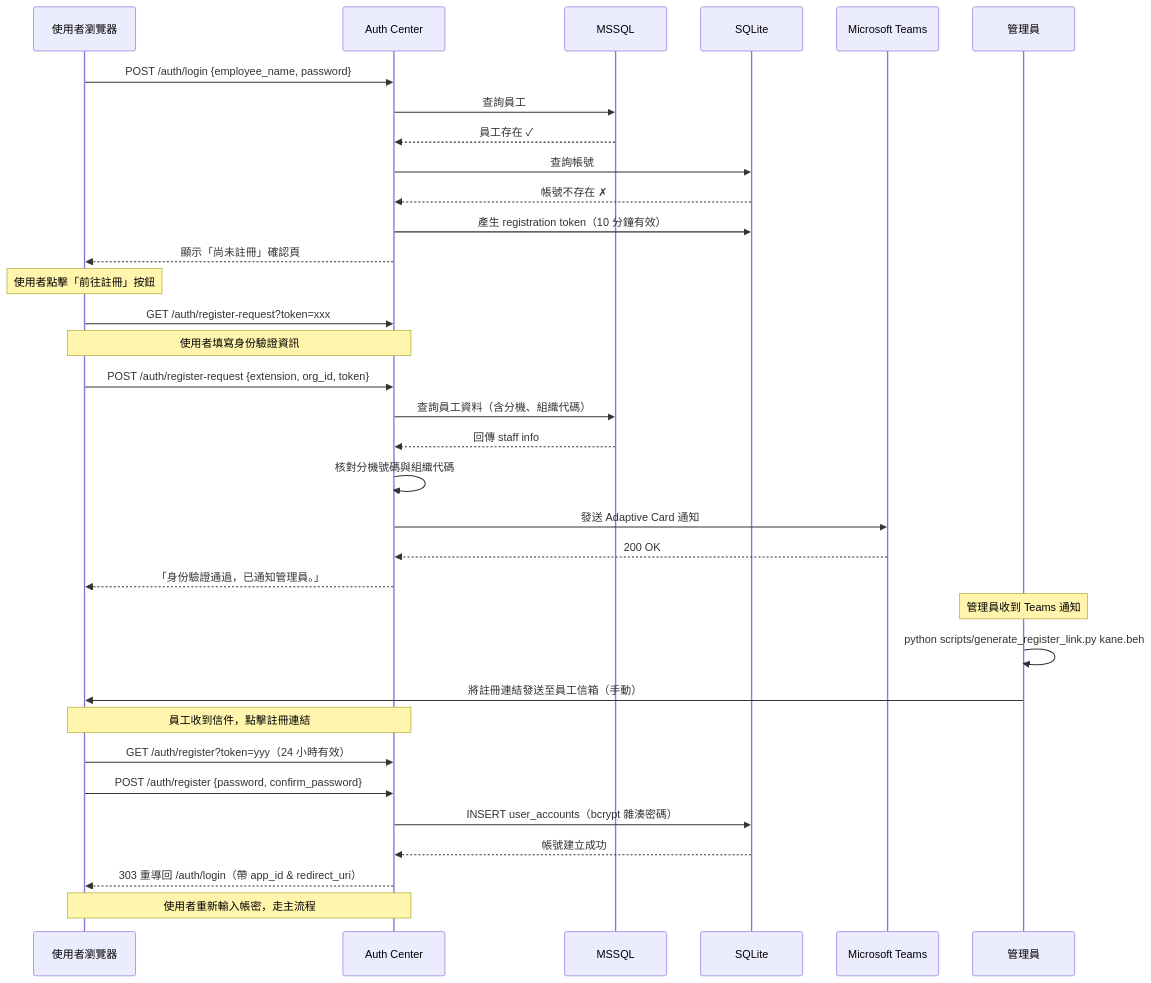
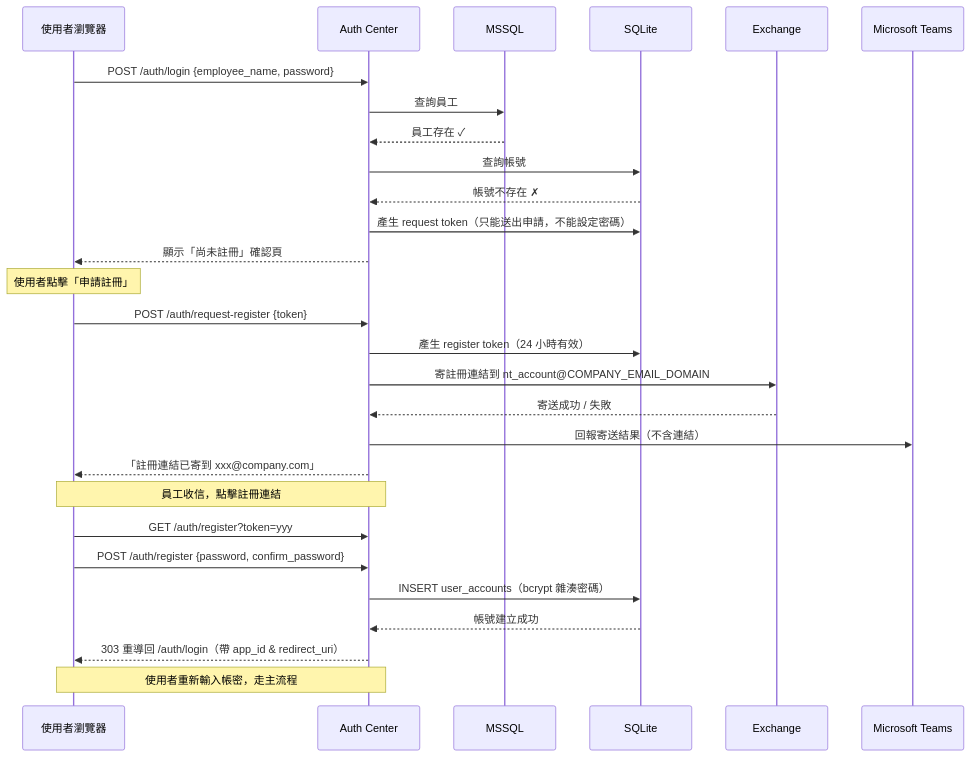
Before and after one commit to bwinken/authcenter: the second of 12 diagrams in README.md, drawn with Mermaid. The commit also changed other lines of this file and 24 other files, not shown here.

````diff
--- a/README.md
+++ b/README.md
@@ -711,43 +678,35 @@
 ```mermaid
 sequenceDiagram
     participant U as 使用者瀏覽器
     participant C as Auth Center
     participant M as MSSQL
     participant S as SQLite
+    participant E as Exchange
     participant T as Microsoft Teams
-    participant A as 管理員
 
     U->>C: POST /auth/login {employee_name, password}
     C->>M: 查詢員工
     M-->>C: 員工存在 ✓
     C->>S: 查詢帳號
     S-->>C: 帳號不存在 ✗
 
-    C->>S: 產生 registration token（10 分鐘有效）
+    C->>S: 產生 request token（只能送出申請，不能設定密碼）
     C-->>U: 顯示「尚未註冊」確認頁
 
-    Note over U: 使用者點擊「前往註冊」按鈕
-    U->>C: GET /auth/register-request?token=xxx
+    Note over U: 使用者點擊「申請註冊」
+    U->>C: POST /auth/request-register {token}
+    C->>S: 產生 register token（24 小時有效）
+    C->>E: 寄註冊連結到 nt_account@COMPANY_EMAIL_DOMAIN
+    E-->>C: 寄送成功 / 失敗
+    C->>T: 回報寄送結果（不含連結）
+    C-->>U: 「註冊連結已寄到 xxx@company.com」
 
-    Note over U,C: 使用者填寫身份驗證資訊
-    U->>C: POST /auth/register-request {extension, org_id, token}
-    C->>M: 查詢員工資料（含分機、組織代碼）
-    M-->>C: 回傳 staff info
-    C->>C: 核對分機號碼與組織代碼
-    C->>T: 發送 Adaptive Card 通知
-    T-->>C: 200 OK
-    C-->>U: 「身份驗證通過，已通知管理員。」
-
-    Note over A: 管理員收到 Teams 通知
-    A->>A: python scripts/generate_register_link.py kane.beh
-    A->>U: 將註冊連結發送至員工信箱（手動）
-
-    Note over U,C: 員工收到信件，點擊註冊連結
-    U->>C: GET /auth/register?token=yyy（24 小時有效）
+    Note over U,C: 員工收信，點擊註冊連結
+    U->>C: GET /auth/register?token=yyy
     U->>C: POST /auth/register {password, confirm_password}
     C->>S: INSERT user_accounts（bcrypt 雜湊密碼）
     S-->>C: 帳號建立成功
 
     C-->>U: 303 重導回 /auth/login（帶 app_id & redirect_uri）
     Note over U,C: 使用者重新輸入帳密，走主流程
 ```
````
